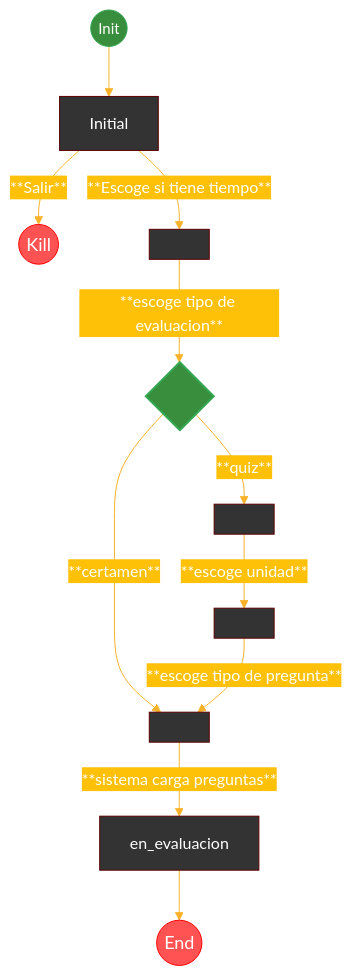
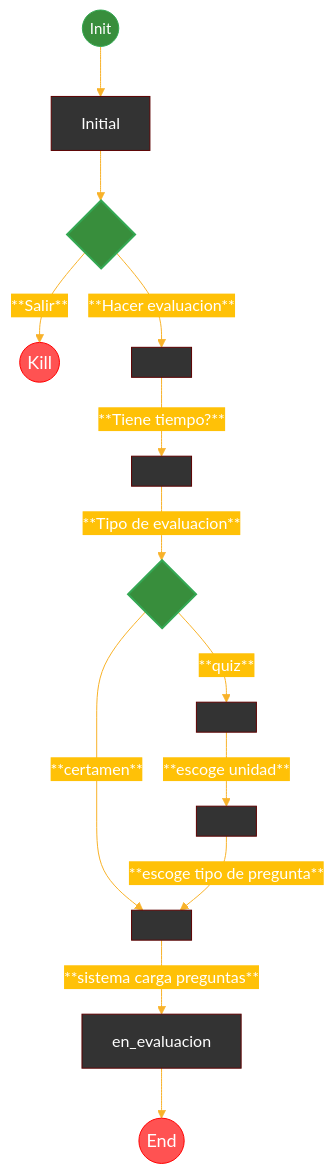
Before and after one commit to friquelmel9/Cuestionario-INF253-web: the diagram in To-be-web/model/3.config_eval_use_case.md, drawn with Mermaid. The commit also changed 3 other files, not shown here.

````diff
--- a/To-be-web/model/3.config_eval_use_case.md
+++ b/To-be-web/model/3.config_eval_use_case.md
@@ -1,45 +1,49 @@
 ```mermaid
 %%{
   init: {
     'theme': 'base',
     'themeVariables': {
       'primaryColor': '#333',
       'primaryBorderColor': '#5C0000',
       'primaryTextColor': '#ffffff',
       'classText': '#5941A9',
       'lineColor': '#F8B229',
       'secondaryColor': '#FFC107',
       'tertiaryColor': '#5C0000'
     }
   }
 }%%
 flowchart TD
     id1((Init)):::smallGreenCircle --> id2[Initial]
     id9((End)):::smallRedCircle
     id10((Kill)):::smallRedCircle
-    id2 --> | **Escoge si tiene tiempo** | id5
-    id5 -->|**escoge tipo de evaluacion**| id4
-    id2 --> |**Salir**|id10
+    id11 --> | **Hacer evaluacion** | id5
+    id5 -->|**Tiene tiempo?**| id12
+    id11 --> |**Salir**|id10
+    id2 --> id11
     id3[ ]
     id4{ }:::decision
     id4 --> |**quiz**| id3
     id4 --> |**certamen**|id7
     id5[ ]
     id6[ ]
     id7[ ]
+    id11{ }:::decision
+    id12[ ]
+    id12[ ] --> | **Tipo de evaluacion** | id4
     id8[en_evaluacion ]
     id3 --> |**escoge unidad**|id6
     id6 --> |**escoge tipo de pregunta**|id7
     id7 --> |**sistema carga preguntas**| id8
     id8 --> id9
 
     %% Definir estilo personalizado para el círculo (Start)
     classDef smallGreenCircle fill:#388E3C,stroke:#34a853,font-size:15px,radius:20px;
     
     %% Definir estilo personalizado para la caja de decisión (más proporcionada)
     classDef decision fill:#388E3C,stroke:#34a853,stroke-width:2px,font-size:12px,padding:10px;
 
     %% Definir estilo personalizado para el círculo (End)
     classDef smallRedCircle fill:#FF5252,stroke:#ff0000,font-size:18px,radius:20px;
 
 ```
````
